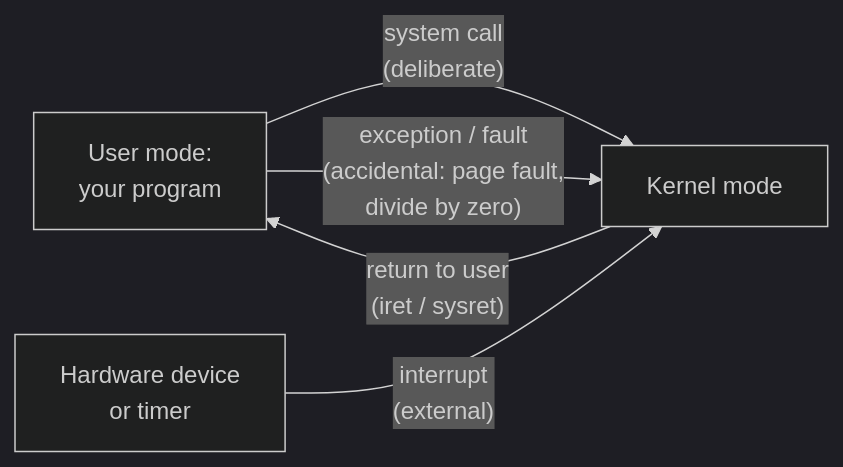
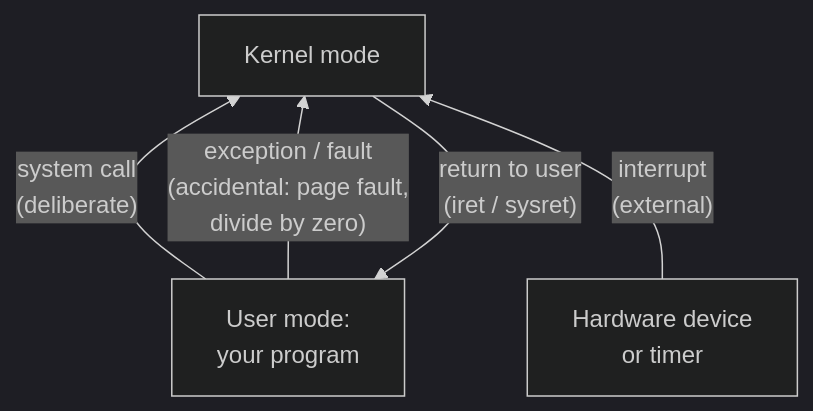
Before and after one commit to Siva010/CoreCS: the diagram in content/lessons/os/os-what-an-os-does.md, drawn with Mermaid (dark theme). The commit also changed 19 other files, not shown here.

First line of the commit message:
Merge the OS and Networks diagram readability fixes

````diff
--- a/content/lessons/os/os-what-an-os-does.md
+++ b/content/lessons/os/os-what-an-os-does.md
@@ -74,7 +74,7 @@
 ```mermaid
-flowchart LR
+flowchart BT
     U["User mode:<br/>your program"] -->|"system call<br/>(deliberate)"| K["Kernel mode"]
     U -->|"exception / fault<br/>(accidental: page fault,<br/>divide by zero)"| K
     H["Hardware device<br/>or timer"] -->|"interrupt<br/>(external)"| K
     K -->|"return to user<br/>(iret / sysret)"| U
 ```
````
